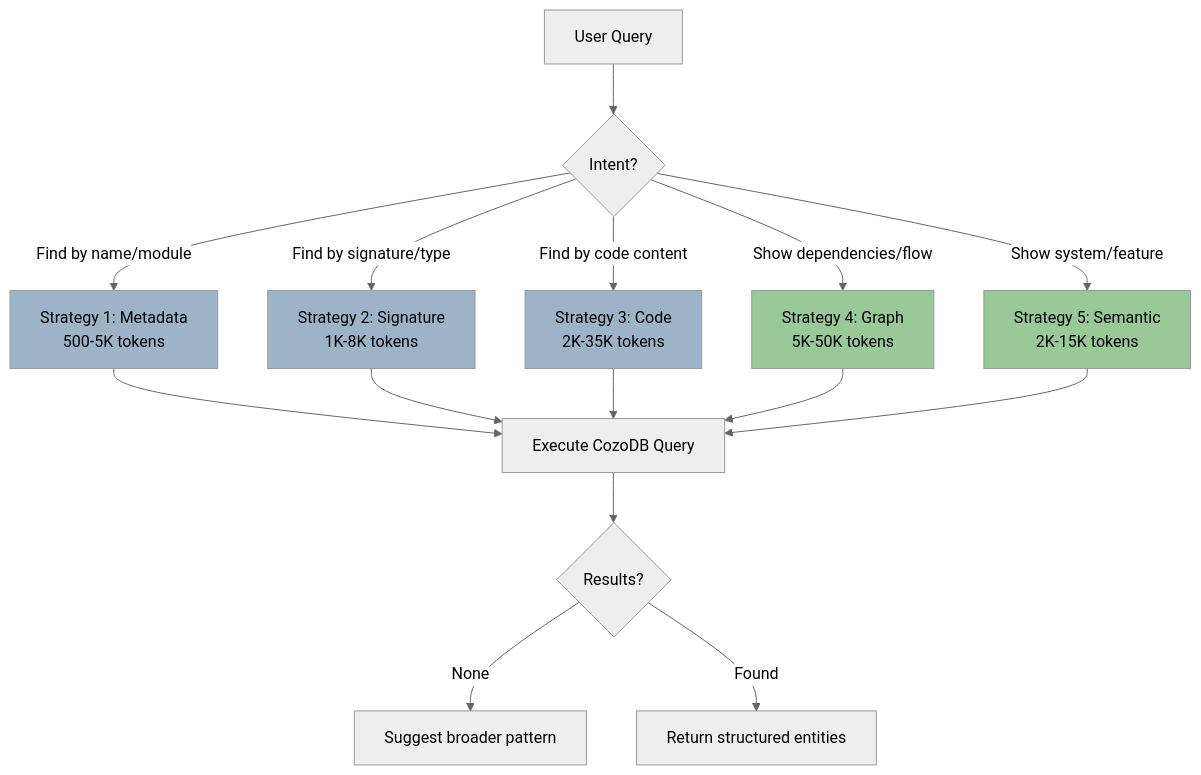
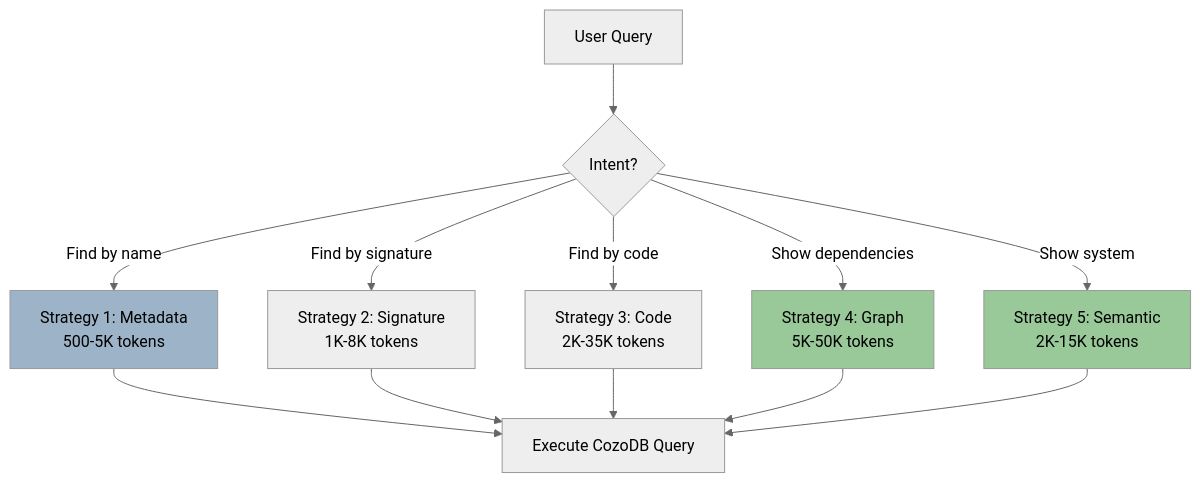
One commit to that-in-rust/parseltongue changed the second of 3 diagrams in .claude/agents/parseltongue-ultrathink-isg-explorer.md. Above: the diagram before and after it, drawn with Mermaid (neutral theme). The commit also changed other lines of this file and 3 other files, not shown here.

````diff
--- a/.claude/agents/parseltongue-ultrathink-isg-explorer.md
+++ b/.claude/agents/parseltongue-ultrathink-isg-explorer.md
@@ -64,26 +157,20 @@
   ```mermaid
   graph TB
       START[User Query] --> INTENT{Intent?}
 
-      INTENT -->|"Find by name/module"| S1[Strategy 1: Metadata<br/>500-5K tokens]
-      INTENT -->|"Find by signature/type"| S2[Strategy 2: Signature<br/>1K-8K tokens]
-      INTENT -->|"Find by code content"| S3[Strategy 3: Code<br/>2K-35K tokens]
-      INTENT -->|"Show dependencies/flow"| S4[Strategy 4: Graph<br/>5K-50K tokens]
-      INTENT -->|"Show system/feature"| S5[Strategy 5: Semantic<br/>2K-15K tokens]
+      INTENT -->|"Find by name"| S1[Strategy 1: Metadata<br/>500-5K tokens]
+      INTENT -->|"Find by signature"| S2[Strategy 2: Signature<br/>1K-8K tokens]
+      INTENT -->|"Find by code"| S3[Strategy 3: Code<br/>2K-35K tokens]
+      INTENT -->|"Show dependencies"| S4[Strategy 4: Graph<br/>5K-50K tokens]
+      INTENT -->|"Show system"| S5[Strategy 5: Semantic<br/>2K-15K tokens]
 
       S1 --> EXECUTE[Execute CozoDB Query]
       S2 --> EXECUTE
       S3 --> EXECUTE
       S4 --> EXECUTE
       S5 --> EXECUTE
 
-      EXECUTE --> RESULTS{Results?}
-      RESULTS -->|None| SUGGEST[Suggest broader pattern]
-      RESULTS -->|Found| RETURN[Return structured entities]
-
       style S1 fill:#9DB4C8
-      style S2 fill:#9DB4C8
-      style S3 fill:#9DB4C8
       style S4 fill:#99C899
       style S5 fill:#99C899
   ```
````
